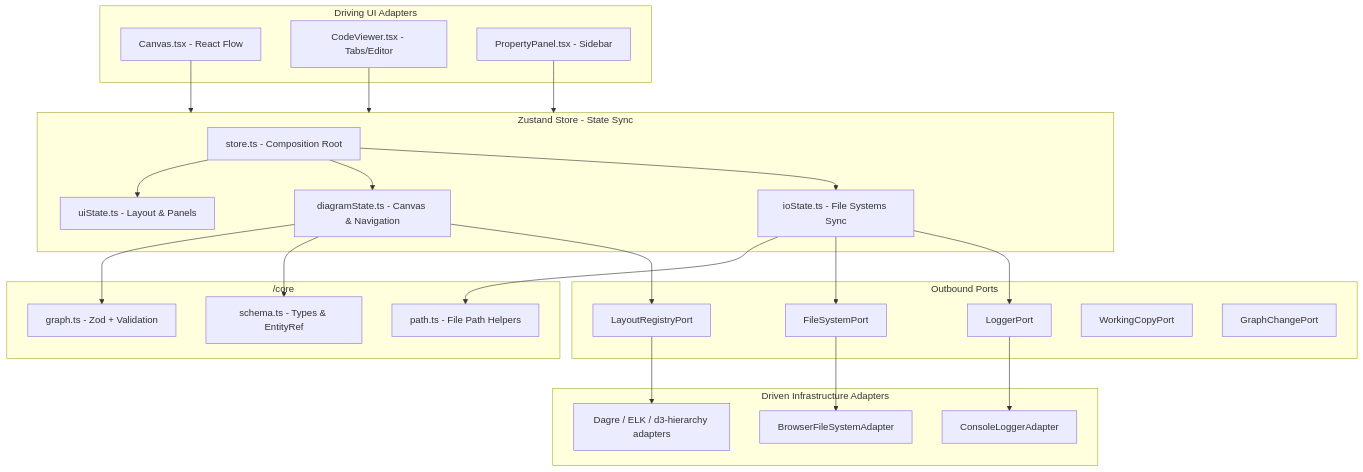
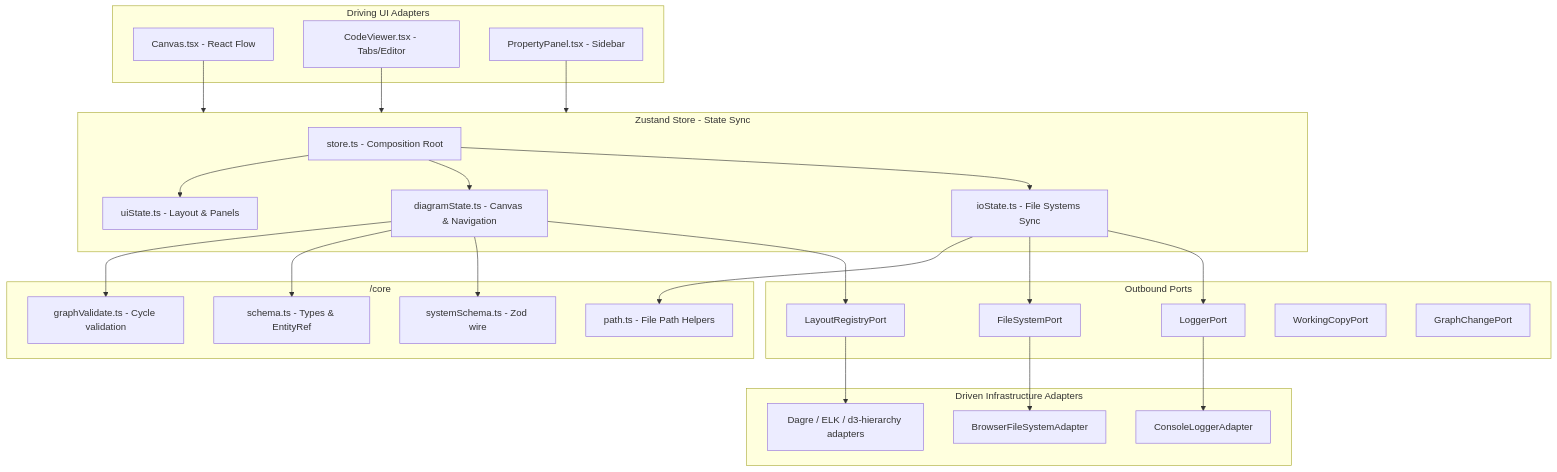
The first of 2 diagrams in docs/architecture.md (mzworthington/archlens), drawn with Mermaid before and after one commit. The commit also changed other lines of this file and 9 other files, not shown here.

First line of the commit message:
refactor(core): keep schema field edits out of the graph walk (MZW-81)

````diff
--- a/docs/architecture.md
+++ b/docs/architecture.md
@@ -19,51 +19,53 @@
 ```mermaid
 graph TD
     subgraph Driving [Driving UI Adapters]
         Canvas[Canvas.tsx - React Flow]
         CodeViewer[CodeViewer.tsx - Tabs/Editor]
         PropertyPanel[PropertyPanel.tsx - Sidebar]
     end
 
     subgraph Store [Zustand Store - State Sync]
         StoreEntry[store.ts - Composition Root]
         UiState[uiState.ts - Layout & Panels]
         DiagramState[diagramState.ts - Canvas & Navigation]
         IoState[ioState.ts - File Systems Sync]
         StoreEntry --> UiState
         StoreEntry --> DiagramState
         StoreEntry --> IoState
     end
 
     subgraph Core ["/core"]
         DomainSchema[schema.ts - Types & EntityRef]
-        DomainGraph[graph.ts - Zod + Validation]
+        DomainSchemaWire[systemSchema.ts - Zod wire]
+        DomainGraph[graphValidate.ts - Cycle validation]
         DomainPath[path.ts - File Path Helpers]
     end
 
     subgraph Ports [Outbound Ports]
         FSPort[FileSystemPort]
         LoggerPort[LoggerPort]
         LayoutRegistry[LayoutRegistryPort]
         WorkingCopy[WorkingCopyPort]
         GraphChange[GraphChangePort]
     end
 
     subgraph Driven [Driven Infrastructure Adapters]
         FSAdapter[BrowserFileSystemAdapter]
         LogAdapter[ConsoleLoggerAdapter]
         LayoutAdapters[Dagre / ELK / d3-hierarchy adapters]
     end
 
     Canvas --> Store
     CodeViewer --> Store
     PropertyPanel --> Store
     DiagramState --> DomainGraph
     DiagramState --> DomainSchema
+    DiagramState --> DomainSchemaWire
     IoState --> DomainPath
     IoState --> FSPort
     IoState --> LoggerPort
     DiagramState --> LayoutRegistry
     FSPort --> FSAdapter
     LoggerPort --> LogAdapter
     LayoutRegistry --> LayoutAdapters
 ```
````
